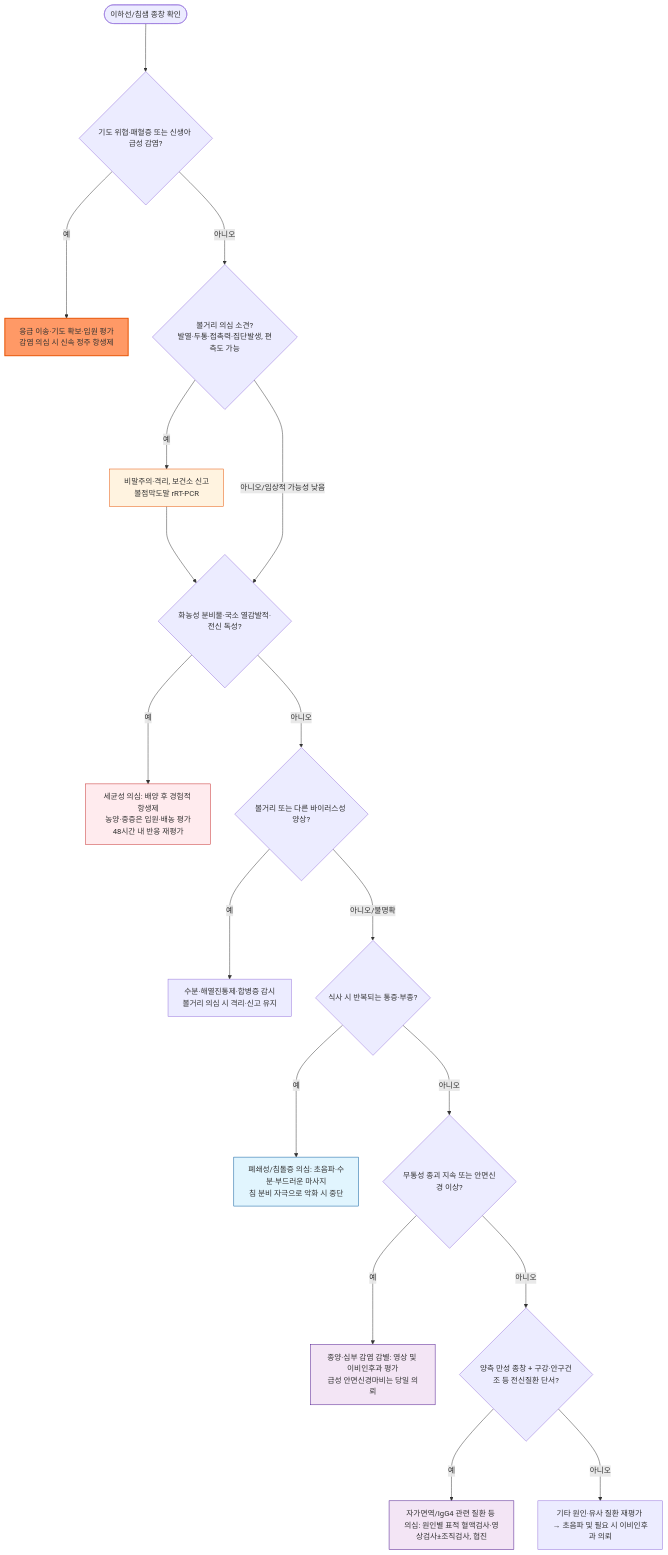
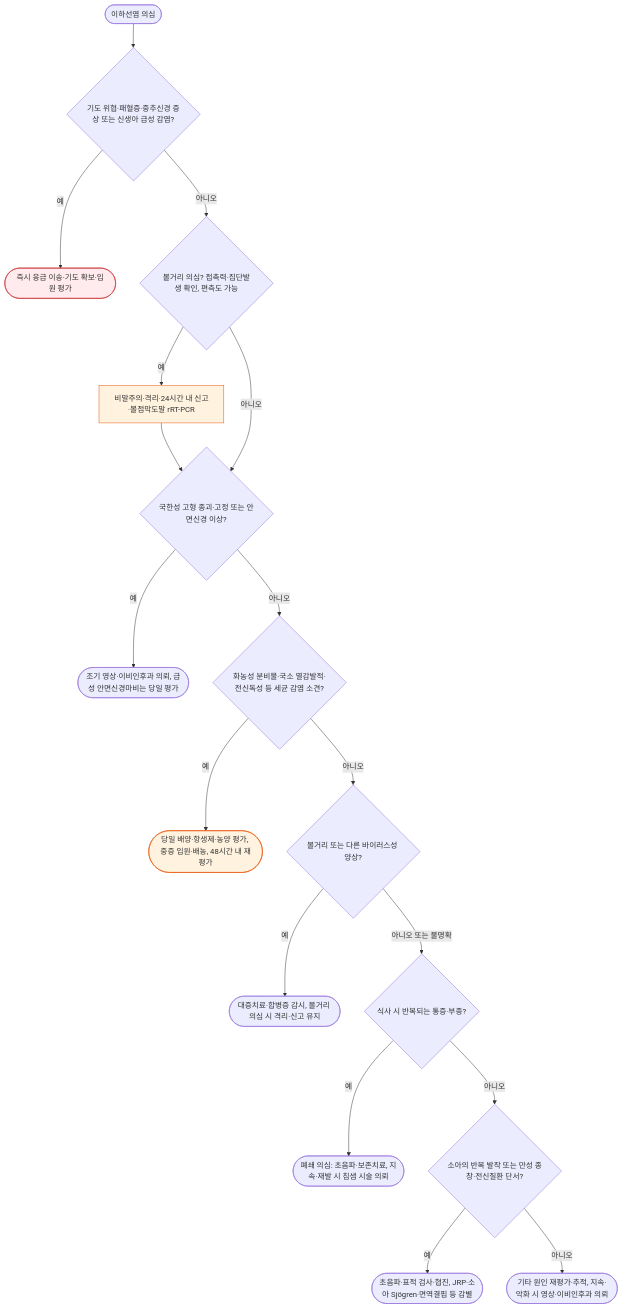
Before and after one commit to familyoh77/familyoh77: the diagram in 230_/196_-parotitis.md, drawn with Mermaid. The commit also changed other lines of this file and 16 other files, not shown here.

````diff
--- a/230_/196_-parotitis.md
+++ b/230_/196_-parotitis.md
@@ -160,25 +164,22 @@
 ```mermaid
-graph TD
-    A(["이하선/침샘 종창 확인"]) ---> B{"기도 위협·패혈증 또는 신생아 급성 감염?"}
-    B --->|예| B1["응급 이송·기도 확보·입원 평가<br/>감염 의심 시 신속 정주 항생제"]
-    B --->|아니오| C{"볼거리 의심 소견?<br/>발열·두통·접촉력·집단발생, 편측도 가능"}
-    C --->|예| C1["비말주의·격리, 보건소 신고<br/>볼점막도말 rRT-PCR"]
-    C1 ---> D
-    C --->|아니오/임상적 가능성 낮음| D{"화농성 분비물·국소 열감발적·전신 독성?"}
-    D --->|예| D1["세균성 의심: 배양 후 경험적 항생제<br/>농양·중증은 입원·배농 평가<br/>48시간 내 반응 재평가"]
-    D --->|아니오| V{"볼거리 또는 다른 바이러스성 양상?"}
-    V --->|예| V1["수분·해열진통제·합병증 감시<br/>볼거리 의심 시 격리·신고 유지"]
-    V --->|아니오/불명확| E{"식사 시 반복되는 통증·부종?"}
-    E --->|예| E1["폐쇄성/침돌증 의심: 초음파·수분·부드러운 마사지<br/>침 분비 자극으로 악화 시 중단"]
-    E --->|아니오| F{"무통성 종괴 지속 또는 안면신경 이상?"}
-    F --->|예| F1["종양·심부 감염 감별: 영상 및 이비인후과 평가<br/>급성 안면신경마비는 당일 의뢰"]
-    F --->|아니오| G{"양측 만성 종창 + 구강·안구건조 등 전신질환 단서?"}
-    G --->|예| G1["자가면역/IgG4 관련 질환 등 의심: 원인별 표적 혈액검사·영상검사±조직검사, 협진"]
-    G --->|아니오| H["기타 원인·유사 질환 재평가 → 초음파 및 필요 시 이비인후과 의뢰"]
-    style B1 fill:#f96,stroke:#e65100,stroke-width:2px
+flowchart TD
+    A(["이하선염 의심"]) --> B{"기도 위협·패혈증·중추신경 증상 또는 신생아 급성 감염?"}
+    B -->|예| B1(["즉시 응급 이송·기도 확보·입원 평가"])
+    B -->|아니오| C{"볼거리 의심? 접촉력·집단발생 확인, 편측도 가능"}
+    C -->|예| C1["비말주의·격리·24시간 내 신고·볼점막도말 rRT-PCR"]
+    C1 --> D
+    C -->|아니오| D{"국한성 고형 종괴·고정 또는 안면신경 이상?"}
+    D -->|예| D1(["조기 영상·이비인후과 의뢰, 급성 안면신경마비는 당일 평가"])
+    D -->|아니오| E{"화농성 분비물·국소 열감발적·전신독성 등 세균 감염 소견?"}
+    E -->|예| E1(["당일 배양·항생제·농양 평가, 중증 입원·배농, 48시간 내 재평가"])
+    E -->|아니오| F{"볼거리 또는 다른 바이러스성 양상?"}
+    F -->|예| F1(["대증치료·합병증 감시, 볼거리 의심 시 격리·신고 유지"])
+    F -->|아니오 또는 불명확| G{"식사 시 반복되는 통증·부종?"}
+    G -->|예| G1(["폐쇄 의심: 초음파·보존치료, 지속·재발 시 침샘 시술 의뢰"])
+    G -->|아니오| H{"소아의 반복 발작 또는 만성 종창·전신질환 단서?"}
+    H -->|예| H1(["초음파·표적 검사·협진, JRP·소아 Sjögren·면역결핍 등 감별"])
+    H -->|아니오| H2(["기타 원인 재평가·추적, 지속·악화 시 영상·이비인후과 의뢰"])
+    style B1 fill:#ffebee,stroke:#c62828
     style C1 fill:#fff3e0,stroke:#e65100
-    style D1 fill:#ffebee,stroke:#c62828
-    style E1 fill:#e1f5fe,stroke:#01579b
-    style F1 fill:#f3e5f5,stroke:#4a148c
-    style G1 fill:#f3e5f5,stroke:#4a148c
+    style E1 fill:#fff3e0,stroke:#e65100
 ```
````
